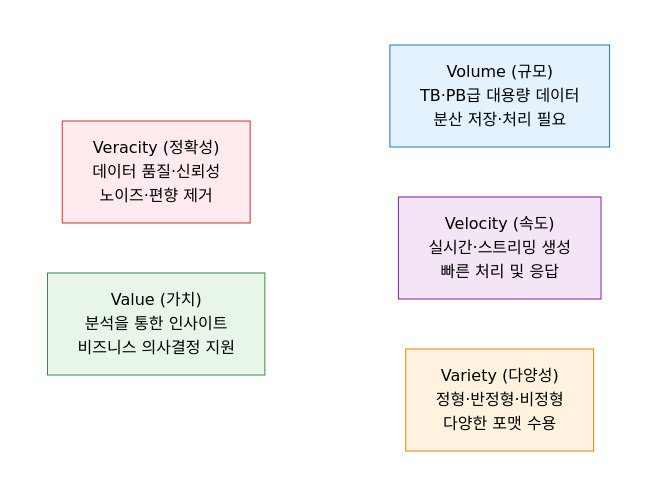
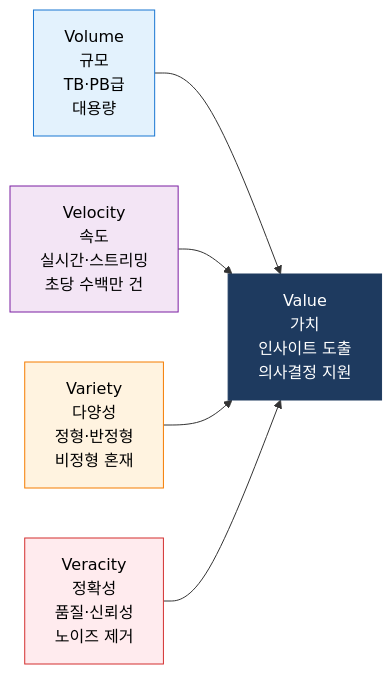
The second of 3 diagrams in docs/07-data-ai-governance/bigdata-ref.md (jeonck/fw-thinking), drawn with Mermaid before and after one commit. The commit also changed other lines of this file, not shown here.

Commit message:
Big Data 5V 전면 재작성 - 5V 수렴 다이어그램 및 Lambda Architecture

````diff
--- a/docs/07-data-ai-governance/bigdata-ref.md
+++ b/docs/07-data-ai-governance/bigdata-ref.md
@@ -33,22 +33,19 @@
 ```mermaid
-flowchart TD
-    subgraph R1["　"]
-        direction LR
-        V1["Volume (규모)<br/>TB·PB급 대용량 데이터<br/>분산 저장·처리 필요"]
-        V2["Velocity (속도)<br/>실시간·스트리밍 생성<br/>빠른 처리 및 응답"]
-        V3["Variety (다양성)<br/>정형·반정형·비정형<br/>다양한 포맷 수용"]
-    end
-    subgraph R2["　"]
-        direction LR
-        V4["Veracity (정확성)<br/>데이터 품질·신뢰성<br/>노이즈·편향 제거"]
-        V5["Value (가치)<br/>분석을 통한 인사이트<br/>비즈니스 의사결정 지원"]
-    end
+flowchart LR
+    V1["Volume<br/>규모<br/>TB·PB급<br/>대용량"]
+    V2["Velocity<br/>속도<br/>실시간·스트리밍<br/>초당 수백만 건"]
+    V3["Variety<br/>다양성<br/>정형·반정형<br/>비정형 혼재"]
+    V4["Veracity<br/>정확성<br/>품질·신뢰성<br/>노이즈 제거"]
+    V5["Value<br/>가치<br/>인사이트 도출<br/>의사결정 지원"]
+
+    V1 --> V5
+    V2 --> V5
+    V3 --> V5
+    V4 --> V5
 
     style V1 fill:#E3F2FD,stroke:#1976D2,color:#000
     style V2 fill:#F3E5F5,stroke:#7B1FA2,color:#000
     style V3 fill:#FFF3E0,stroke:#F57C00,color:#000
     style V4 fill:#FFEBEE,stroke:#D32F2F,color:#000
-    style V5 fill:#E8F5E9,stroke:#388E3C,color:#000
-    style R1 fill:none,stroke:none
-    style R2 fill:none,stroke:none
+    style V5 fill:#1E3A5F,stroke:#1E3A5F,color:#fff
 ```
````
